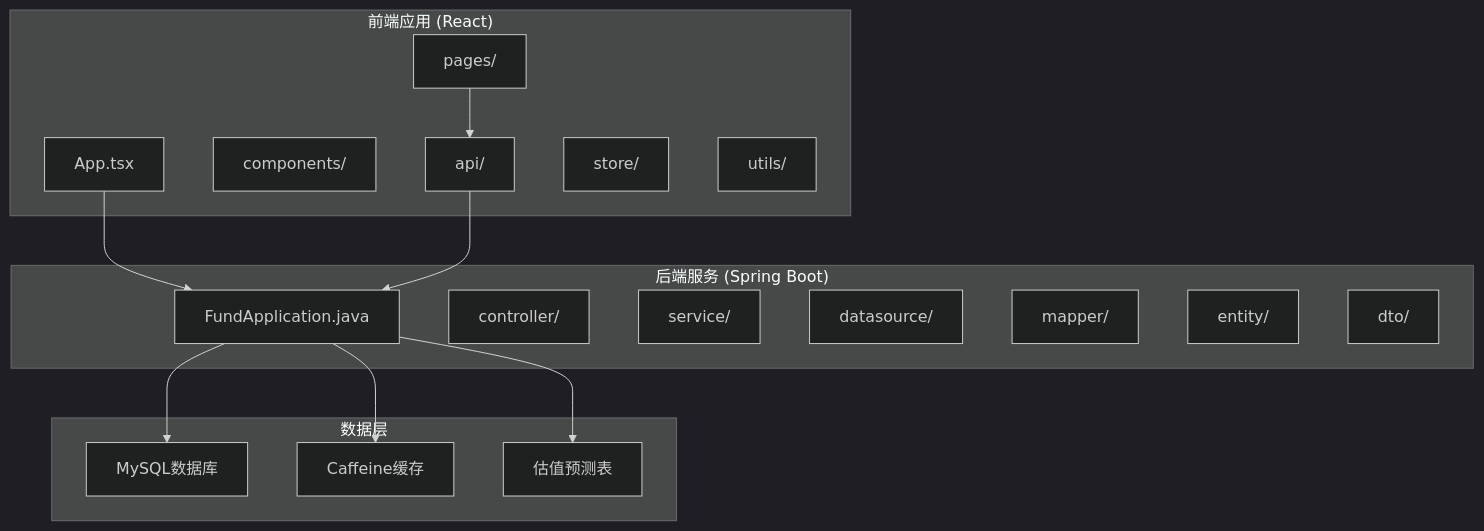
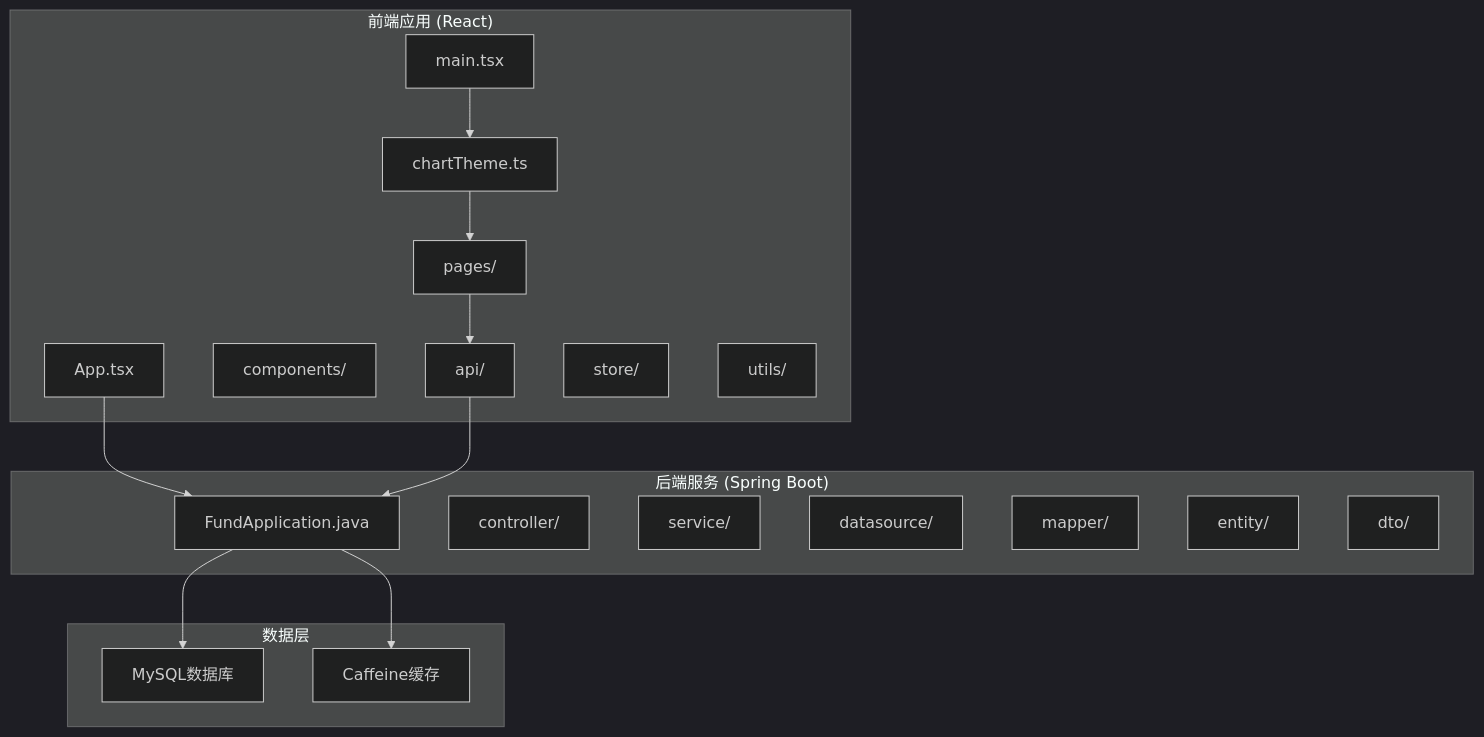
The first of 11 diagrams in .qoder/repowiki/zh/content/核心功能开发/实时市场数据可视化.md (gree-coder/fund-butler), drawn with Mermaid (dark theme) before and after one commit. The commit also changed other lines of this file and 21 other files, not shown here.

````diff
--- a/.qoder/repowiki/zh/content/核心功能开发/实时市场数据可视化.md
+++ b/.qoder/repowiki/zh/content/核心功能开发/实时市场数据可视化.md
@@ -66,31 +59,33 @@
 ```mermaid
 graph TB
 subgraph "后端服务 (Spring Boot)"
 A[FundApplication.java]
 B[controller/]
 C[service/]
 D[datasource/]
 E[mapper/]
 F[entity/]
 G[dto/]
 end
 subgraph "前端应用 (React)"
 H[App.tsx]
 I[pages/]
 J[components/]
 K[api/]
 L[store/]
 M[utils/]
+N[chartTheme.ts]
+O[main.tsx]
 end
 subgraph "数据层"
-N[MySQL数据库]
-O[Caffeine缓存]
-P[估值预测表]
+P[MySQL数据库]
+Q[Caffeine缓存]
 end
 H --> A
 I --> K
 K --> A
-A --> N
-A --> O
 A --> P
+A --> Q
+O --> N
+N --> I
 ```
````
